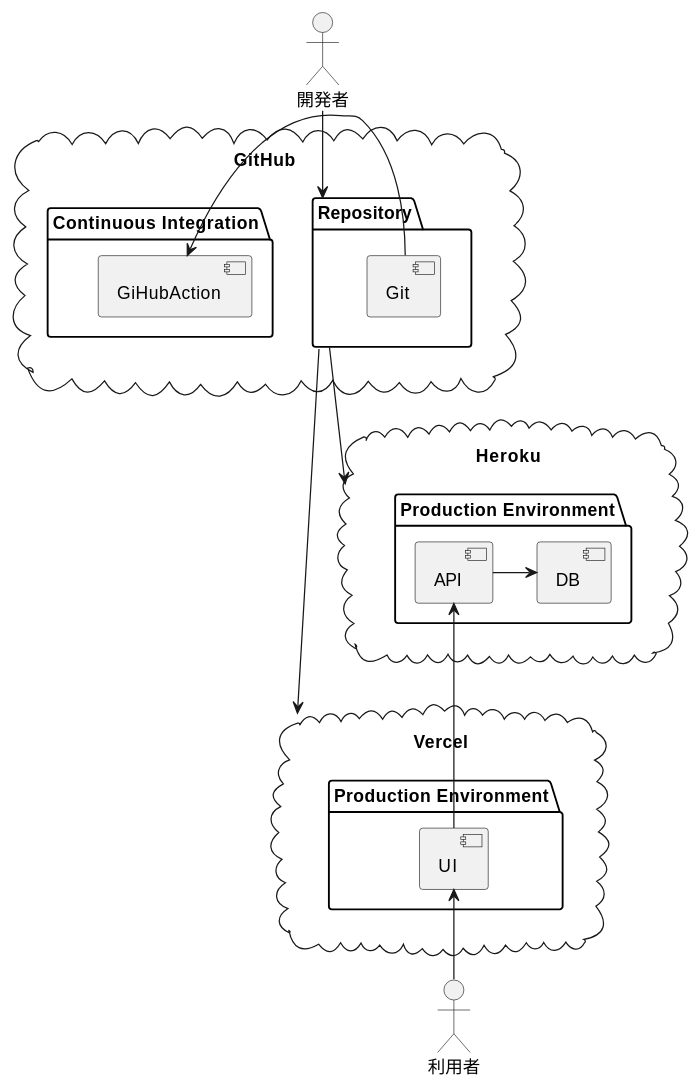
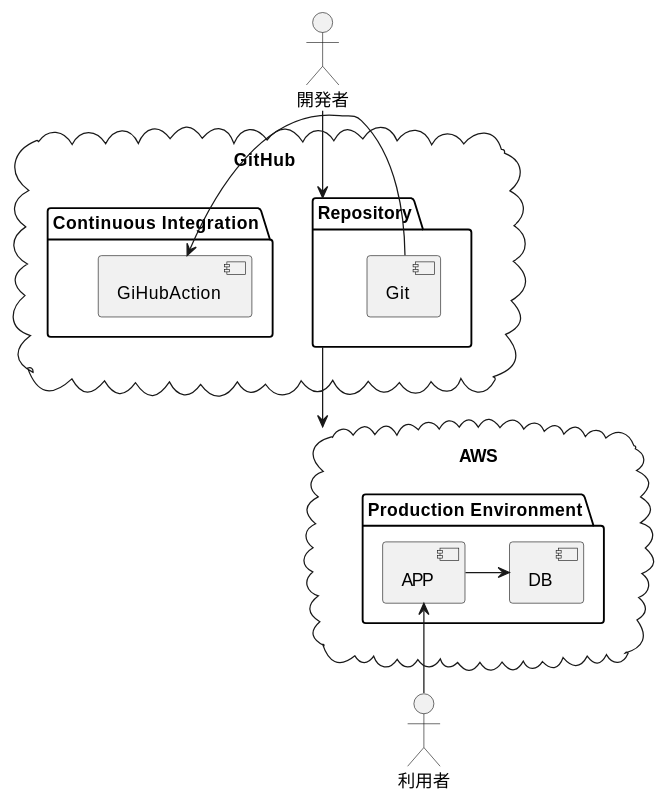
Before and after one commit to k2works/pragmatic-programing-exercise-2024: the diagram in docs/ship.adoc, drawn with PlantUML. The commit also changed other lines of this file and 2 other files, not shown here.

```diff
--- a/docs/ship.adoc
+++ b/docs/ship.adoc
@@ -11,38 +11,30 @@
 [plantuml]
 ----
 @startuml
 actor 開発者
 actor 利用者
 
-cloud "Vercel" as vercel {
-    package "Production Environment" as ui_prd_env {
-      [UI] as ui_prd
-    }
-}
-
-cloud "Heroku" as heroku {
+cloud "AWS" as aws {
     package "Production Environment" as api_prd_env {
-      [API] as api_prd
+      [APP] as app_prd
       [DB] as db_prd
     }
 }
 
 cloud "GitHub" as github {
   package "Repository" as repository {
     [Git] as git
   }
 
   package "Continuous Integration" as ci {
     [GiHubAction] as github_action
   }
 }
 
 開発者 --> repository
-repository --> heroku
-repository --> vercel
-api_prd -> db_prd
-api_prd <-- ui_prd
+repository --> aws
+app_prd -> db_prd
 git -> github_action
-ui_prd <-- 利用者
+app_prd <-- 利用者
 @enduml
 ----
```
